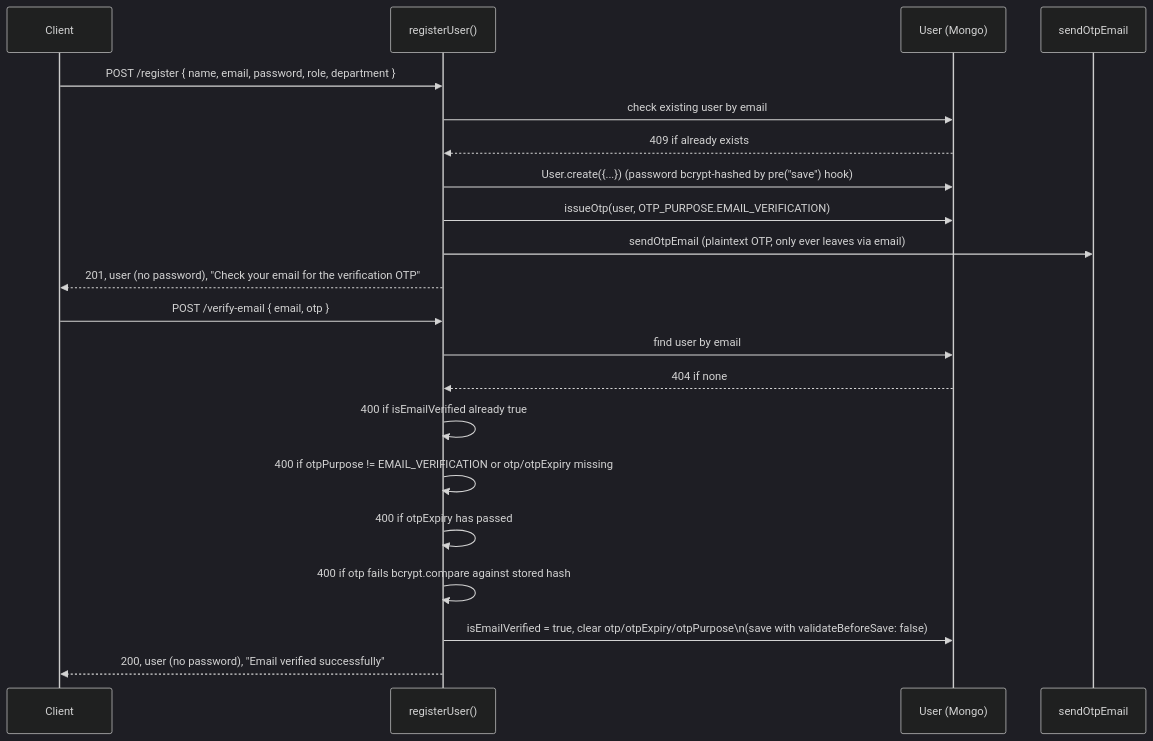
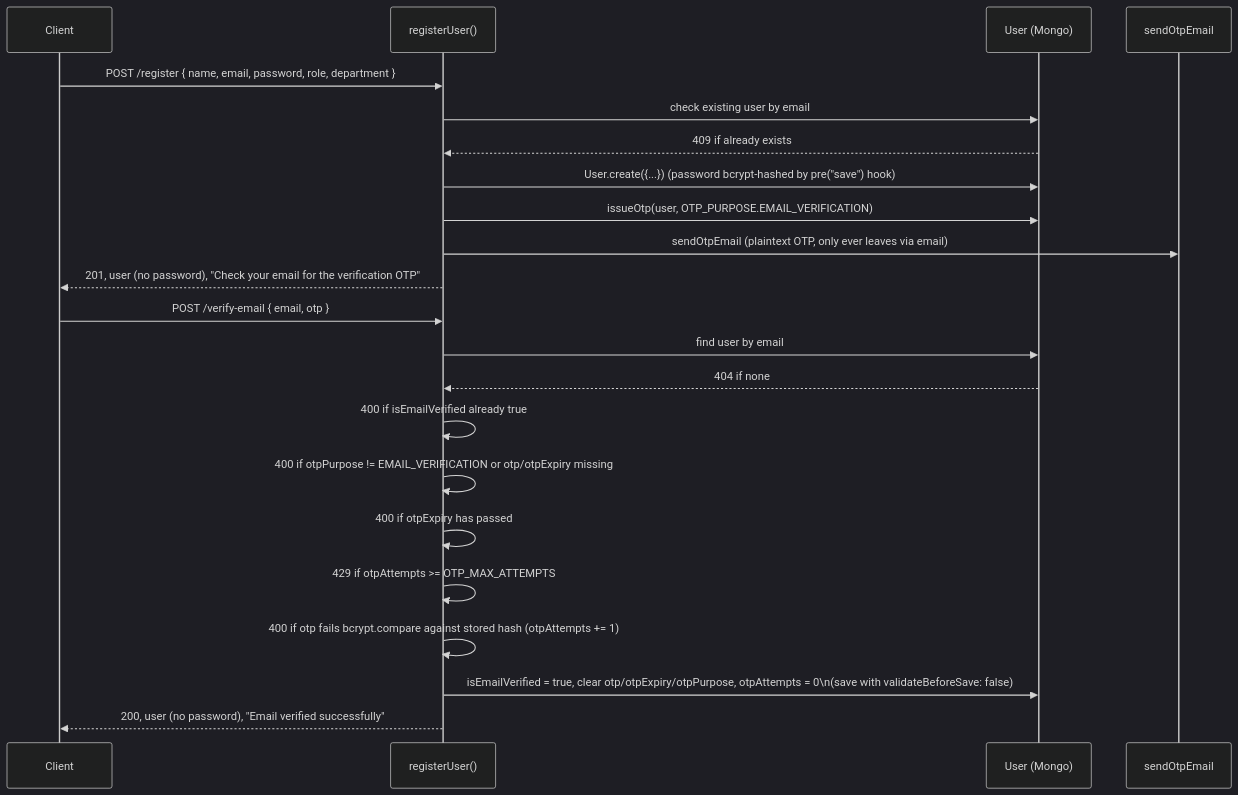
The second of 4 diagrams in backend/docs/auth-module.md (Codewith-soham/LabMon), drawn with Mermaid (dark theme) before and after one commit. The commit also changed other lines of this file and 2 other files, not shown here.

````diff
--- a/backend/docs/auth-module.md
+++ b/backend/docs/auth-module.md
@@ -69,25 +77,26 @@
 ```mermaid
 sequenceDiagram
     participant Client
     participant API as registerUser()
     participant DB as User (Mongo)
     participant Mail as sendOtpEmail
 
     Client->>API: POST /register { name, email, password, role, department }
     API->>DB: check existing user by email
     DB-->>API: 409 if already exists
     API->>DB: User.create({...})  (password bcrypt-hashed by pre("save") hook)
     API->>DB: issueOtp(user, OTP_PURPOSE.EMAIL_VERIFICATION)
     API->>Mail: sendOtpEmail (plaintext OTP, only ever leaves via email)
     API-->>Client: 201, user (no password), "Check your email for the verification OTP"
 
     Client->>API: POST /verify-email { email, otp }
     API->>DB: find user by email
     DB-->>API: 404 if none
     API->>API: 400 if isEmailVerified already true
     API->>API: 400 if otpPurpose != EMAIL_VERIFICATION or otp/otpExpiry missing
     API->>API: 400 if otpExpiry has passed
-    API->>API: 400 if otp fails bcrypt.compare against stored hash
-    API->>DB: isEmailVerified = true, clear otp/otpExpiry/otpPurpose\n(save with validateBeforeSave: false)
+    API->>API: 429 if otpAttempts >= OTP_MAX_ATTEMPTS
+    API->>API: 400 if otp fails bcrypt.compare against stored hash (otpAttempts += 1)
+    API->>DB: isEmailVerified = true, clear otp/otpExpiry/otpPurpose, otpAttempts = 0\n(save with validateBeforeSave: false)
     API-->>Client: 200, user (no password), "Email verified successfully"
 ```
````
